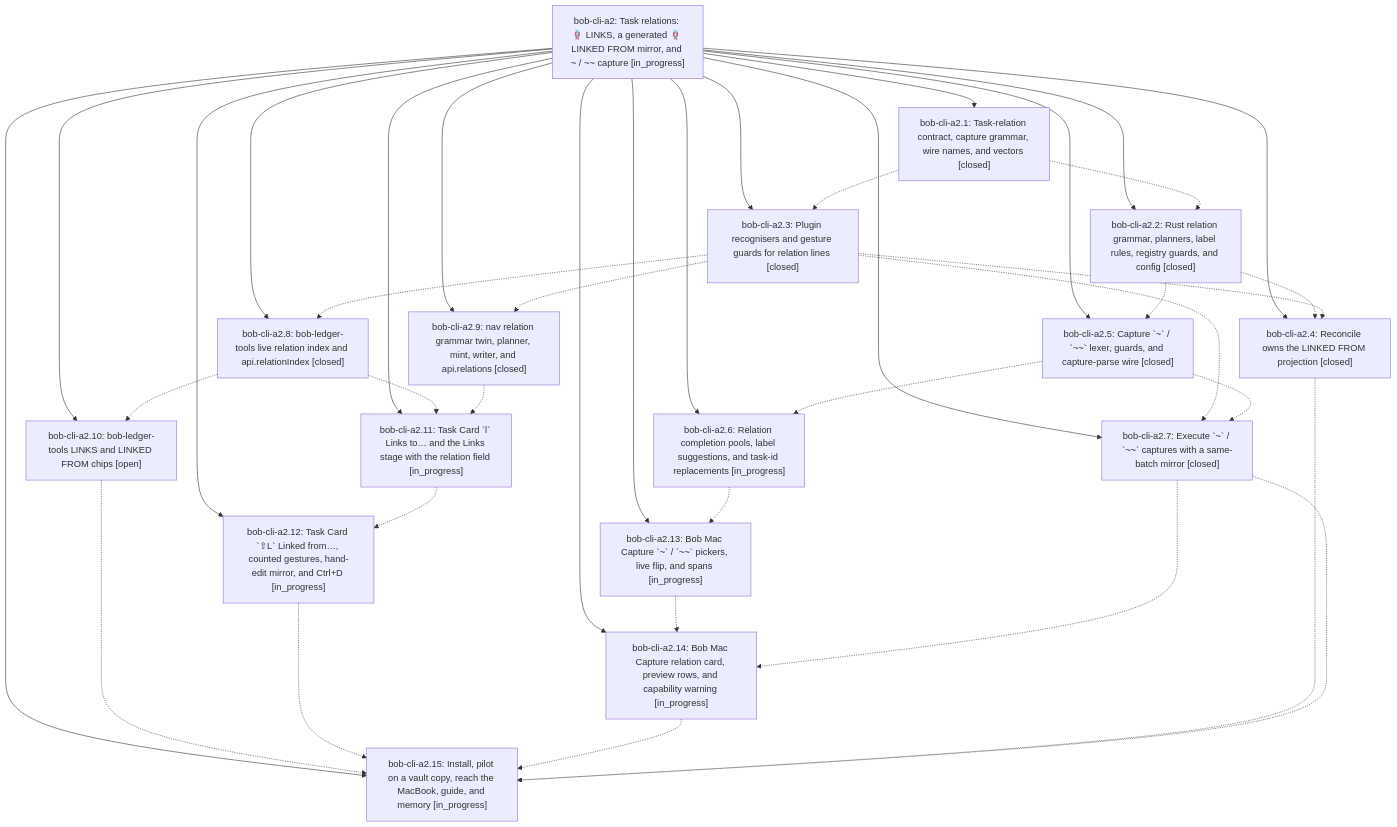
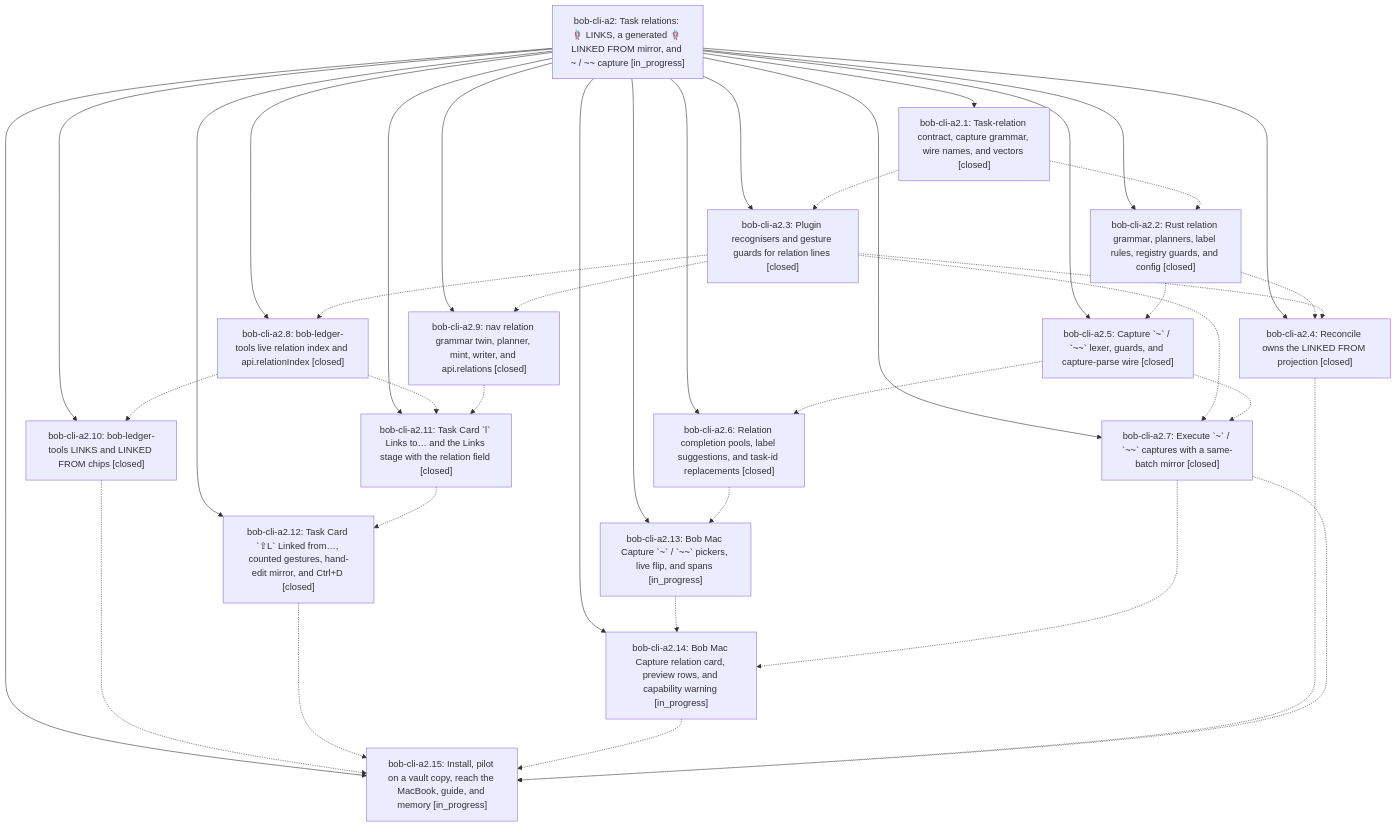
Before and after one commit to bobs-org/bob-cli--beads: the diagram in pages/bob-cli-a2/README.md, drawn with Mermaid. The commit also changed other lines of this file and 12 other files, not shown here.

First line of the commit message:
chore(beads): sync bead state and pages for bob-cli-a2

````diff
--- a/pages/bob-cli-a2/README.md
+++ b/pages/bob-cli-a2/README.md
@@ -50,56 +50,56 @@
 ```mermaid
 flowchart TD
     n0["bob-cli-a2: Task relations: 🪢 LINKS, a generated 🪢 LINKED FROM mirror, and ~ / ~~ capture [in_progress]"]
     n1["bob-cli-a2.1: Task-relation contract, capture grammar, wire names, and vectors [closed]"]
-    n2["bob-cli-a2.10: bob-ledger-tools LINKS and LINKED FROM chips [open]"]
-    n3["bob-cli-a2.11: Task Card `l` Links to… and the Links stage with the relation field [in_progress]"]
-    n4["bob-cli-a2.12: Task Card `⇧L` Linked from…, counted gestures, hand-edit mirror, and Ctrl+D [in_progress]"]
+    n2["bob-cli-a2.10: bob-ledger-tools LINKS and LINKED FROM chips [closed]"]
+    n3["bob-cli-a2.11: Task Card `l` Links to… and the Links stage with the relation field [closed]"]
+    n4["bob-cli-a2.12: Task Card `⇧L` Linked from…, counted gestures, hand-edit mirror, and Ctrl+D [closed]"]
     n5["bob-cli-a2.13: Bob Mac Capture `~` / `~~` pickers, live flip, and spans [in_progress]"]
     n6["bob-cli-a2.14: Bob Mac Capture relation card, preview rows, and capability warning [in_progress]"]
     n7["bob-cli-a2.15: Install, pilot on a vault copy, reach the MacBook, guide, and memory [in_progress]"]
     n8["bob-cli-a2.2: Rust relation grammar, planners, label rules, registry guards, and config [closed]"]
     n9["bob-cli-a2.3: Plugin recognisers and gesture guards for relation lines [closed]"]
     n10["bob-cli-a2.4: Reconcile owns the LINKED FROM projection [closed]"]
     n11["bob-cli-a2.5: Capture `~` / `~~` lexer, guards, and capture-parse wire [closed]"]
-    n12["bob-cli-a2.6: Relation completion pools, label suggestions, and task-id replacements [in_progress]"]
+    n12["bob-cli-a2.6: Relation completion pools, label suggestions, and task-id replacements [closed]"]
     n13["bob-cli-a2.7: Execute `~` / `~~` captures with a same-batch mirror [closed]"]
     n14["bob-cli-a2.8: bob-ledger-tools live relation index and api.relationIndex [closed]"]
     n15["bob-cli-a2.9: nav relation grammar twin, planner, mint, writer, and api.relations [closed]"]
     n0 --> n1
     n0 --> n2
     n0 --> n3
     n0 --> n4
     n0 --> n5
     n0 --> n6
     n0 --> n7
     n0 --> n8
     n0 --> n9
     n0 --> n10
     n0 --> n11
     n0 --> n12
     n0 --> n13
     n0 --> n14
     n0 --> n15
     n1 -.-> n8
     n1 -.-> n9
     n2 -.-> n7
     n3 -.-> n4
     n4 -.-> n7
     n5 -.-> n6
     n6 -.-> n7
     n8 -.-> n10
     n8 -.-> n11
     n9 -.-> n10
     n9 -.-> n13
     n9 -.-> n14
     n9 -.-> n15
     n10 -.-> n7
     n11 -.-> n12
     n11 -.-> n13
     n12 -.-> n5
     n13 -.-> n6
     n13 -.-> n7
     n14 -.-> n2
     n14 -.-> n3
     n15 -.-> n3
 ```
````
